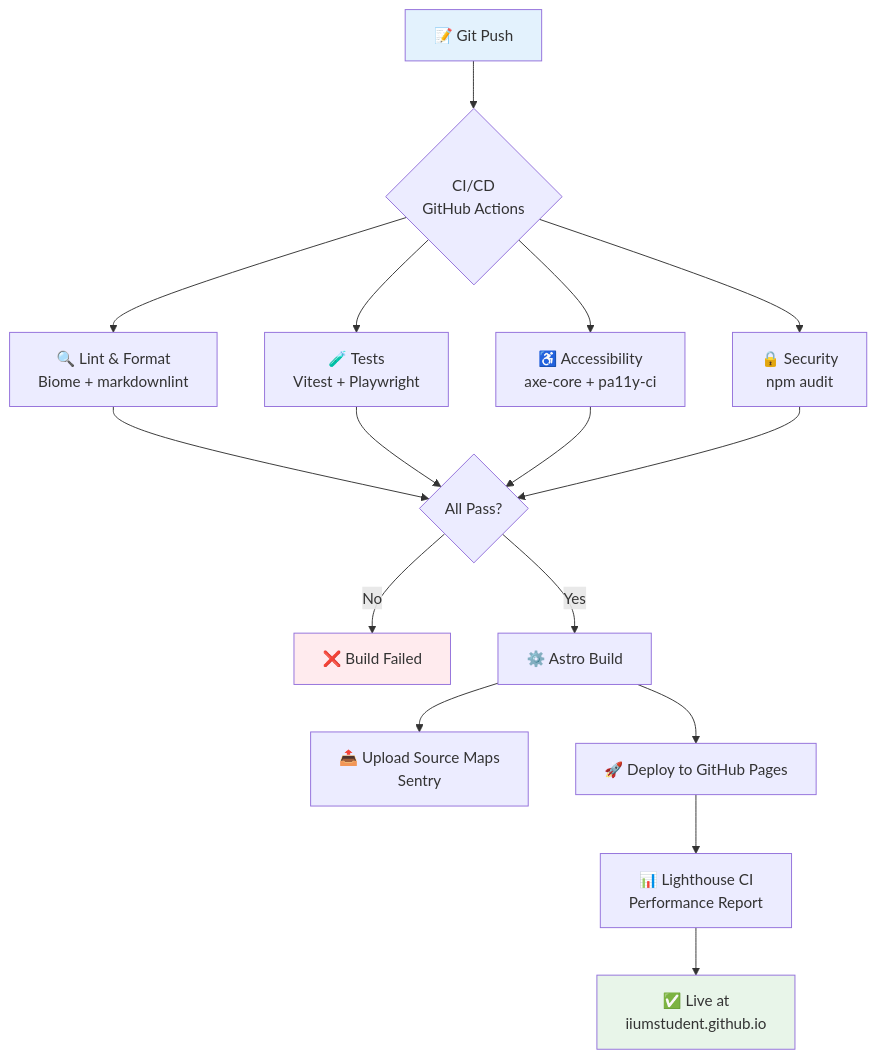
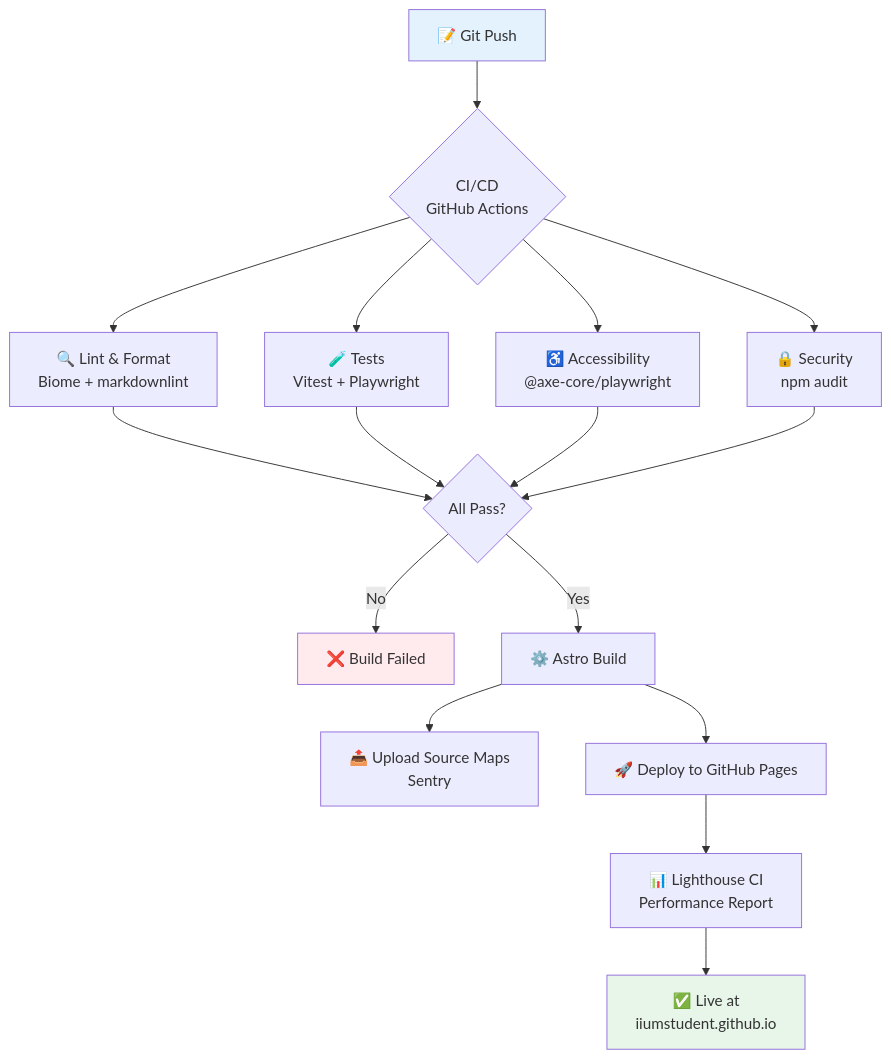
Before and after one commit to IIUMstudent/Awesome-IIUM: the tenth of 13 diagrams in ARCHITECTURE.md, drawn with Mermaid. The commit also changed other lines of this file and 7 other files, not shown here.

````diff
--- a/ARCHITECTURE.md
+++ b/ARCHITECTURE.md
@@ -590,27 +590,27 @@
 ```mermaid
 graph TD
     Push[📝 Git Push] --> CI{CI/CD<br/>GitHub Actions}
     
     CI --> Lint[🔍 Lint & Format<br/>Biome + markdownlint]
     CI --> Test[🧪 Tests<br/>Vitest + Playwright]
-    CI --> A11y[♿ Accessibility<br/>axe-core + pa11y-ci]
+    CI --> A11y[♿ Accessibility<br/>@axe-core/playwright]
     CI --> Security[🔒 Security<br/>npm audit]
     
     Lint --> Pass{All Pass?}
     Test --> Pass
     A11y --> Pass
     Security --> Pass
     
     Pass -->|No| Fail[❌ Build Failed]
     Pass -->|Yes| Build[⚙️ Astro Build]
     
     Build --> Sentry[📤 Upload Source Maps<br/>Sentry]
     Build --> Deploy[🚀 Deploy to GitHub Pages]
     
     Deploy --> Lighthouse[📊 Lighthouse CI<br/>Performance Report]
     Lighthouse --> Live[✅ Live at<br/>iiumstudent.github.io]
     
     style Push fill:#e3f2fd
     style Live fill:#e8f5e9
     style Fail fill:#ffebee
 ```
````
